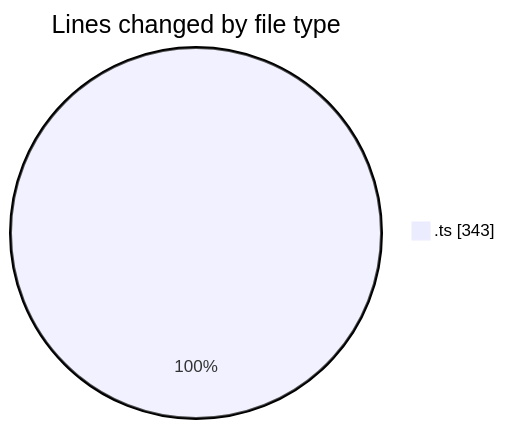
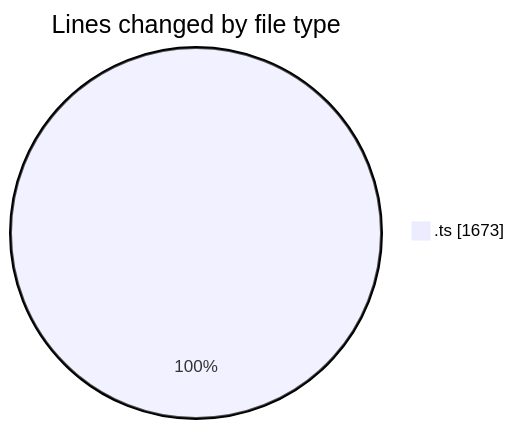
The first of 2 diagrams in 2025-07-30/cda/README.md (momahboobian/code-tracking), drawn with Mermaid before and after one commit. The commit also changed other lines of this file and 1 other file, not shown here.

````diff
--- a/2025-07-30/cda/README.md
+++ b/2025-07-30/cda/README.md
@@ -20,5 +22,5 @@
 ```mermaid
 pie showData
 title Lines changed by file type
-".ts" : 343
+".ts" : 1673
 ```
````
